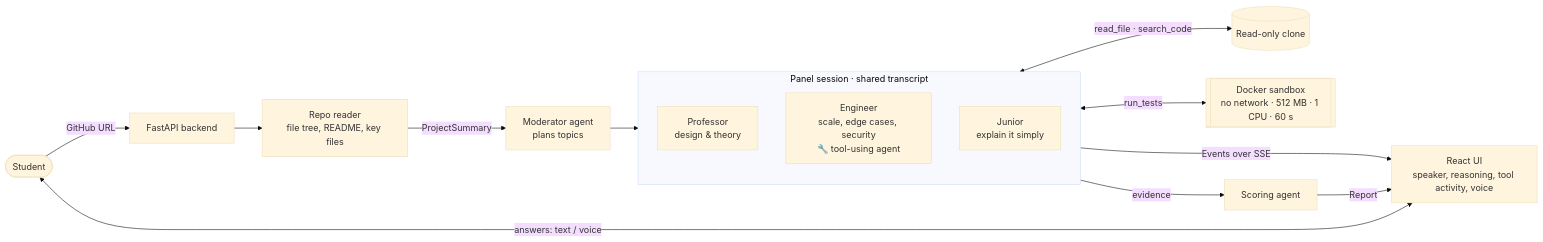
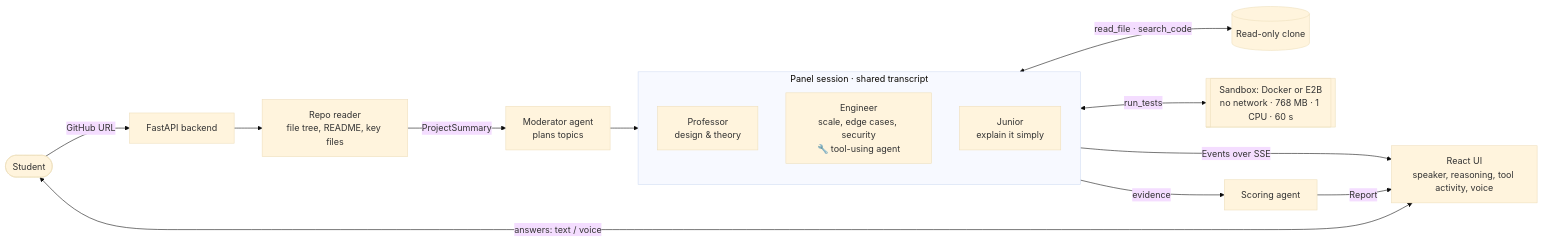
Before and after one commit to goyalnishtha841/vivapanel: the first of 3 diagrams in docs/architecture.md, drawn with Mermaid (base theme). The commit also changed other lines of this file and 8 other files, not shown here.

Commit message:
Test sandbox for real repos: Docker locally, E2B when hosted; network cut before any test runs

````diff
--- a/docs/architecture.md
+++ b/docs/architecture.md
@@ -7,21 +7,21 @@
 ```mermaid
 flowchart LR
     S([Student]) -->|GitHub URL| API[FastAPI backend]
     API --> RR[Repo reader<br/>file tree, README, key files]
     RR -->|ProjectSummary| MOD[Moderator agent<br/>plans topics]
     MOD --> PANEL
 
     subgraph PANEL [Panel session · shared transcript]
         direction TB
         P[Professor<br/>design & theory]
         E[Engineer<br/>scale, edge cases, security<br/>🔧 tool-using agent]
         J[Junior<br/>explain it simply]
     end
 
     E <-->|read_file · search_code| REPO[(Read-only clone)]
-    E <-->|run_tests| BOX[[Docker sandbox<br/>no network · 512 MB · 1 CPU · 60 s]]
+    E <-->|run_tests| BOX[[Sandbox: Docker or E2B<br/>no network · 768 MB · 1 CPU · 60 s]]
     PANEL -->|Events over SSE| UI[React UI<br/>speaker, reasoning, tool activity, voice]
     S <-->|answers: text / voice| UI
     PANEL -->|evidence| SC[Scoring agent]
     SC -->|Report| UI
 ```
````
